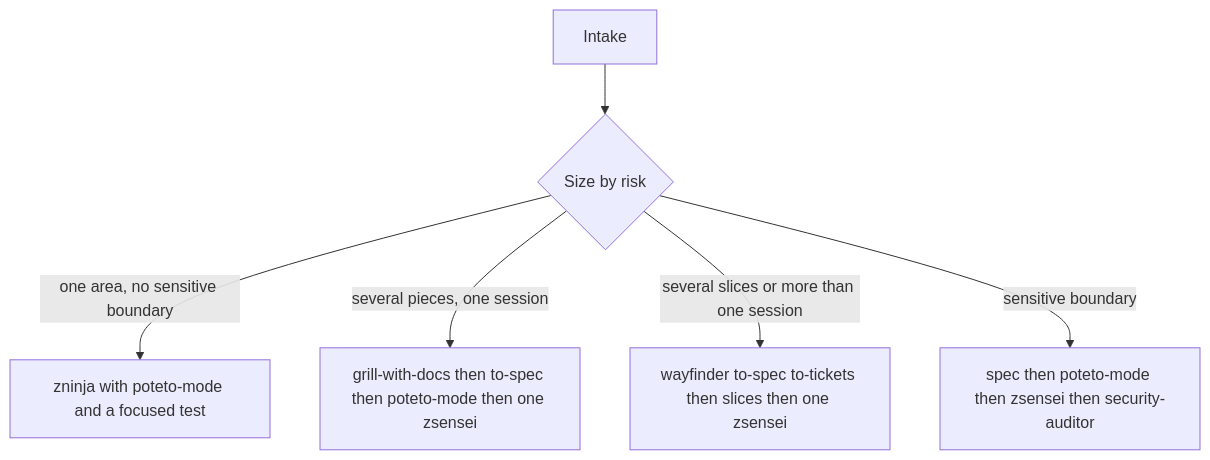
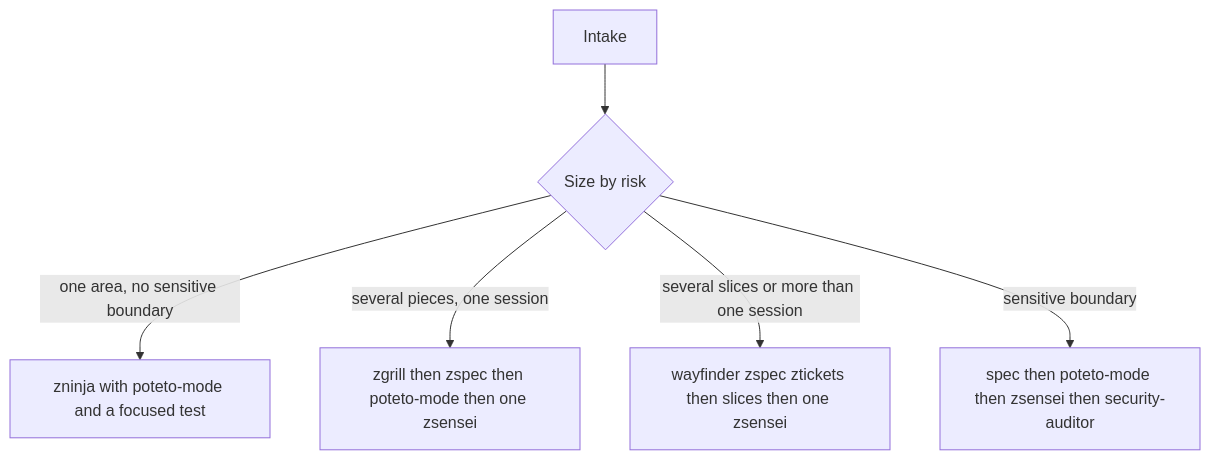
The first of 2 diagrams in docs/workflow.md (Byevenes/agent-workflow), drawn with Mermaid before and after one commit. The commit also changed other lines of this file and 10 other files, not shown here.

Commit message:
feat(zstack): add zgrill, zspec, ztickets wrappers over Matt's skills; optional MCP env in setup-check

````diff
--- a/docs/workflow.md
+++ b/docs/workflow.md
@@ -13,8 +13,8 @@
 ```mermaid
 flowchart TD
   intake[Intake] --> size{Size by risk}
   size -->|one area, no sensitive boundary| smallPath[zninja with poteto-mode and a focused test]
-  size -->|several pieces, one session| medPath[grill-with-docs then to-spec then poteto-mode then one zsensei]
-  size -->|several slices or more than one session| largePath[wayfinder to-spec to-tickets then slices then one zsensei]
+  size -->|several pieces, one session| medPath[zgrill then zspec then poteto-mode then one zsensei]
+  size -->|several slices or more than one session| largePath[wayfinder zspec ztickets then slices then one zsensei]
   size -->|sensitive boundary| critPath[spec then poteto-mode then zsensei then security-auditor]
 ```
````
